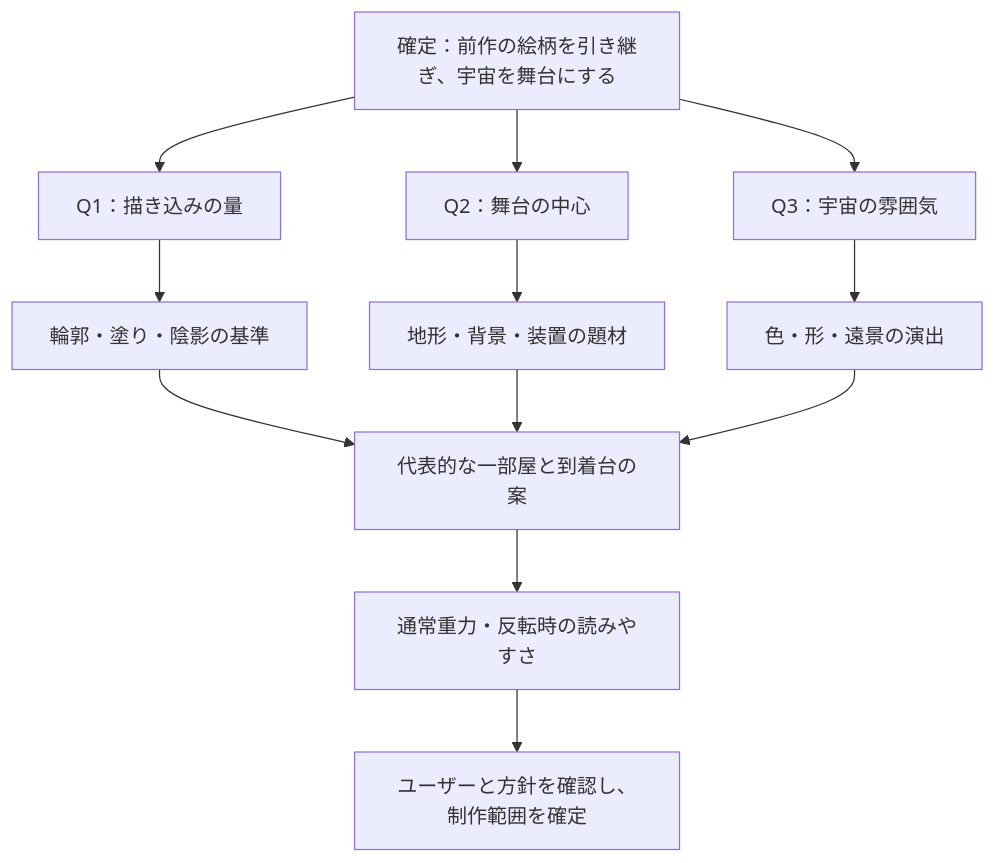
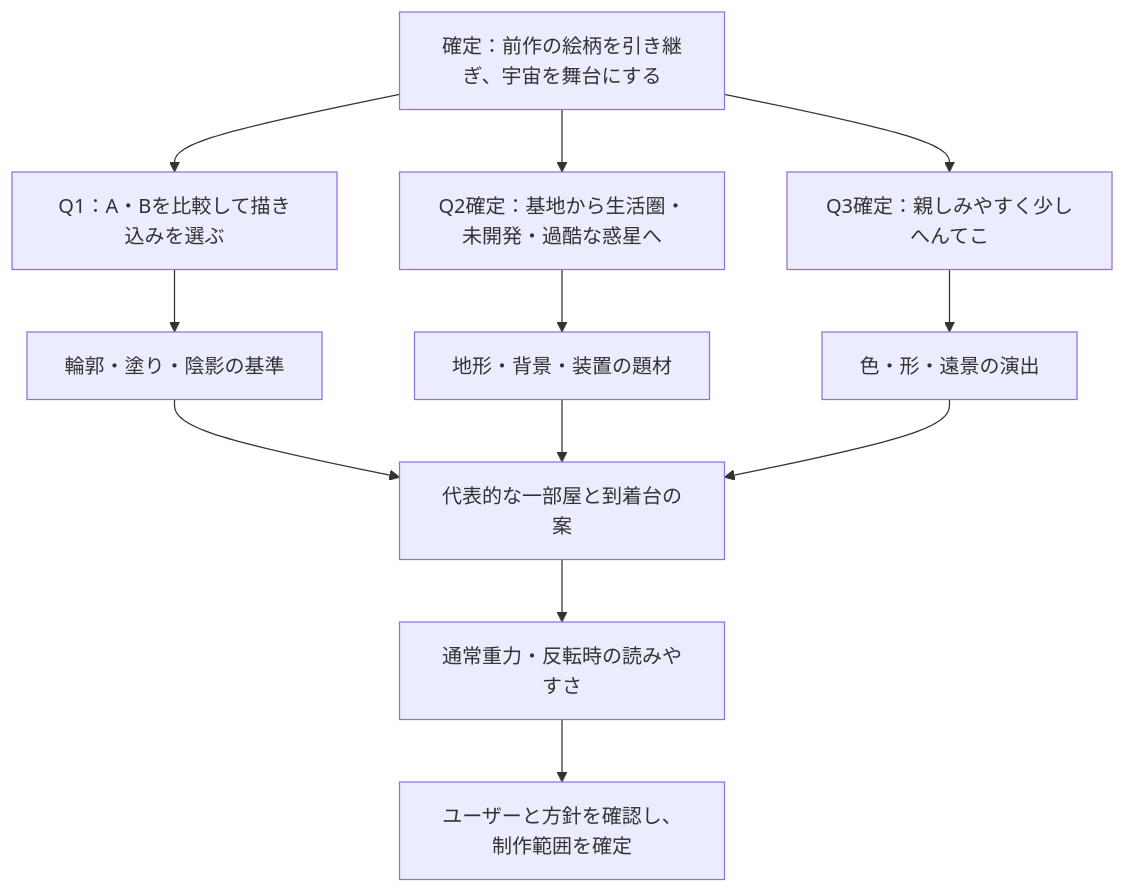
The diagram in docs/art-direction.md (Foxy-null/2d-space), drawn with Mermaid before and after one commit. The commit also changed other lines of this file and 4 other files, not shown here.

````diff
--- a/docs/art-direction.md
+++ b/docs/art-direction.md
@@ -47,14 +79,14 @@
 ```mermaid
 flowchart TD
-    A[確定：前作の絵柄を引き継ぎ、宇宙を舞台にする] --> Q1[Q1：描き込みの量]
-    A --> Q2[Q2：舞台の中心]
-    A --> Q3[Q3：宇宙の雰囲気]
+    A[確定：前作の絵柄を引き継ぎ、宇宙を舞台にする] --> Q1[Q1：A・Bを比較して描き込みを選ぶ]
+    A --> Q2[Q2確定：基地から生活圏・未開発・過酷な惑星へ]
+    A --> Q3[Q3確定：親しみやすく少しへんてこ]
     Q1 --> B[輪郭・塗り・陰影の基準]
     Q2 --> C[地形・背景・装置の題材]
     Q3 --> D[色・形・遠景の演出]
     B --> E[代表的な一部屋と到着台の案]
     C --> E
     D --> E
     E --> F[通常重力・反転時の読みやすさ]
     F --> G[ユーザーと方針を確認し、制作範囲を確定]
 ```
````
